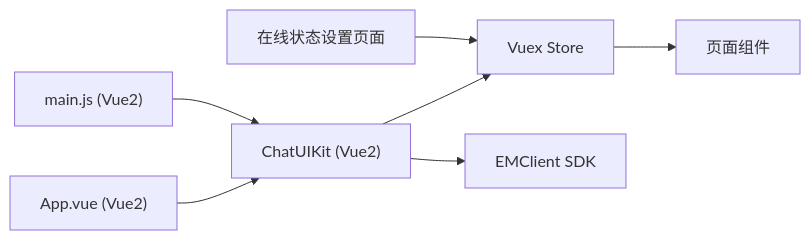
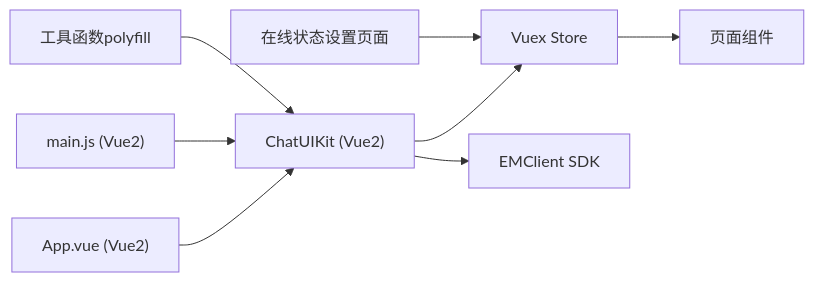
One commit to Easemob-Community/easemob-uikit-uniapp-community changed the ninth of 16 diagrams in .qoder/repowiki/zh/content/示例应用/示例应用.md. Above: the diagram before and after it, drawn with Mermaid. The commit also changed other lines of this file and 10 other files, not shown here.

````diff
--- a/.qoder/repowiki/zh/content/示例应用/示例应用.md
+++ b/.qoder/repowiki/zh/content/示例应用/示例应用.md
@@ -762,16 +780,18 @@
 ```mermaid
 graph LR
 VUE2APP["App.vue (Vue2)"]
 VUE2MAIN["main.js (Vue2)"]
 VUE2KIT["ChatUIKit (Vue2)"]
 VUE2STORES["Vuex Store"]
 VUE2IM["EMClient SDK"]
 VUE2PAGES["页面组件"]
 VUE2PRESENCE["在线状态设置页面"]
+VUE2UTILS["工具函数polyfill"]
 VUE2APP --> VUE2KIT
 VUE2MAIN --> VUE2KIT
 VUE2KIT --> VUE2STORES
 VUE2KIT --> VUE2IM
 VUE2STORES --> VUE2PAGES
 VUE2PRESENCE --> VUE2STORES
+VUE2UTILS --> VUE2KIT
 ```
````
